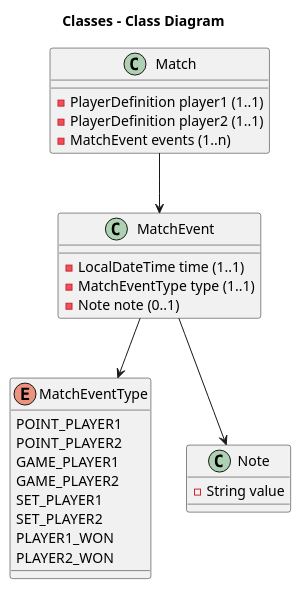
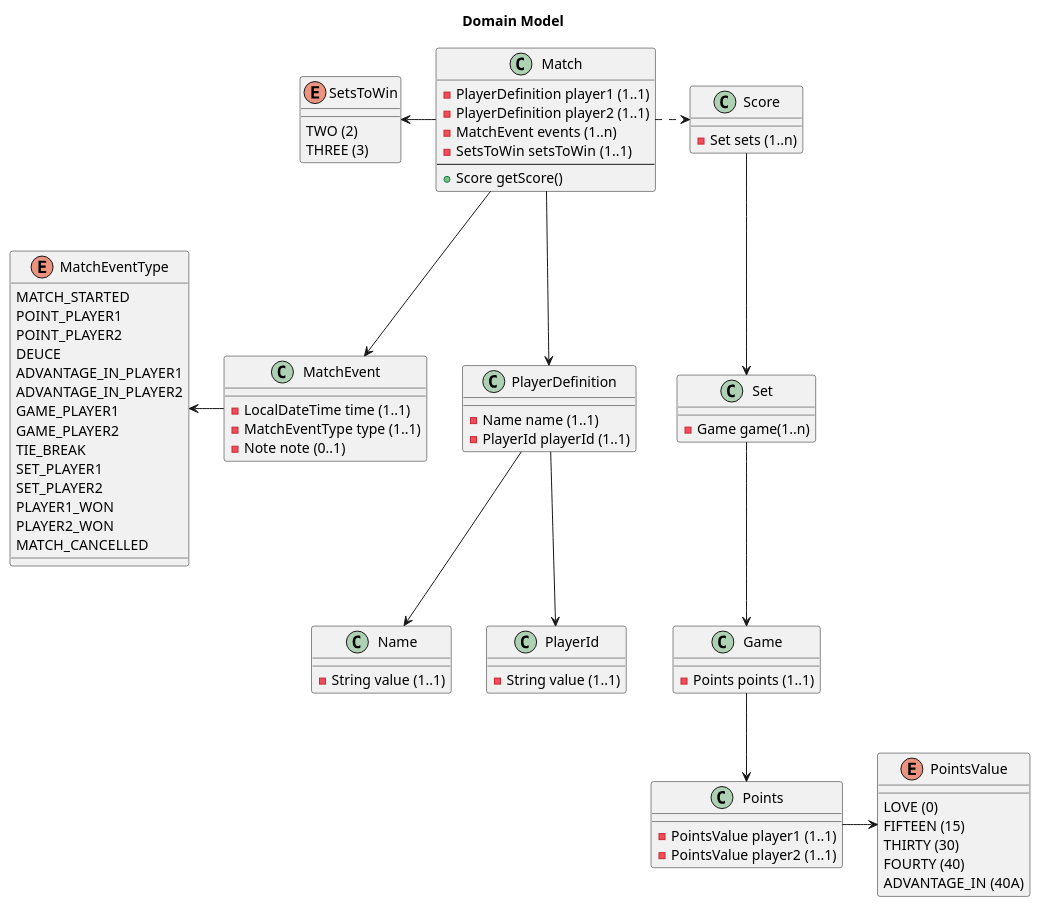
The diagram in docs/model.puml (TristanoSuriani/Tennis-Kata), drawn with PlantUML before and after one commit. The commit also changed 1 other file, not shown here.

Commit message:
Enriched model.puml and added rules.md

```diff
--- a/docs/model.puml
+++ b/docs/model.puml
@@ -1,36 +1,93 @@
 @startuml
 
-title Classes - Class Diagram
-
+title Domain Model
 
 class Match {
   -PlayerDefinition player1 (1..1)
   -PlayerDefinition player2 (1..1)
   -MatchEvent events (1..n)
+  -SetsToWin setsToWin (1..1)
+  --
+  +Score getScore()
+}
+
+enum SetsToWin {
+    TWO (2)
+    THREE (3)
 }
 
 class MatchEvent {
     -LocalDateTime time (1..1)
     -MatchEventType type (1..1)
     -Note note (0..1)
 }
 
 enum MatchEventType {
+    MATCH_STARTED
     POINT_PLAYER1
     POINT_PLAYER2
+    DEUCE
+    ADVANTAGE_IN_PLAYER1
+    ADVANTAGE_IN_PLAYER2
     GAME_PLAYER1
     GAME_PLAYER2
+    TIE_BREAK
     SET_PLAYER1
     SET_PLAYER2
     PLAYER1_WON
     PLAYER2_WON
+    MATCH_CANCELLED
 }
 
-class Note {
-    -String value
+class Score {
+    -Set sets (1..n)
+}
+
+class Game {
+    -Points points (1..1)
+}
+
+class Points {
+    -PointsValue player1 (1..1)
+    -PointsValue player2 (1..1)
+}
+
+enum PointsValue {
+    LOVE (0)
+    FIFTEEN (15)
+    THIRTY (30)
+    FOURTY (40)
+    ADVANTAGE_IN (40A)
+}
+
+class Set {
+    -Game game(1..n)
+}
+
+class PlayerDefinition {
+    -Name name (1..1)
+    -PlayerId playerId (1..1)
+}
+
+class Name {
+    -String value (1..1)
+}
+
+class PlayerId {
+    -String value (1..1)
 }
 
 Match -down-> MatchEvent
-MatchEvent -down-> MatchEventType
-MatchEvent -down-> Note
+Match -left-> SetsToWin
+MatchEvent -left-> MatchEventType
+
+Match .right-> Score
+Score -down-> Set
+Set -down-> Game
+Game -down-> Points
+Points -right-> PointsValue
+
+Match -down-> PlayerDefinition
+PlayerDefinition -down-> Name
+PlayerDefinition -down-> PlayerId
 @enduml
```
